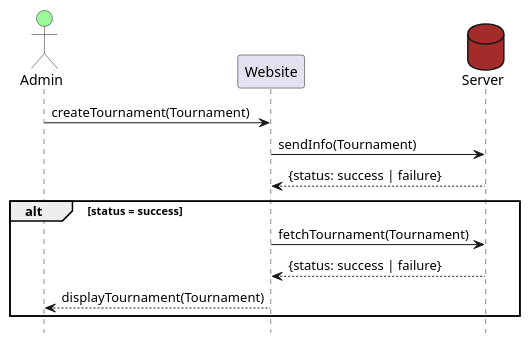
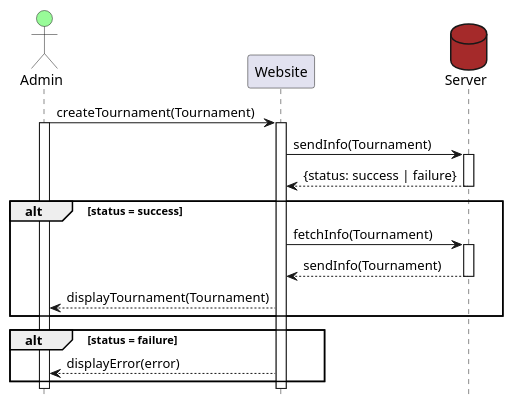
The diagram in documentation/sequenceDiagramCreate.puml (felixalbrigtsen/asura-tmdb), drawn with PlantUML before and after one commit.

Commit message:
Updated Create Diagram

```diff
--- a/documentation/sequenceDiagramCreate.puml
+++ b/documentation/sequenceDiagramCreate.puml
@@ -1,18 +1,26 @@
 @startuml Create Tournament
 Actor Admin #palegreen
 participant Website
 database Server #brown
 hide footbox
 
 Admin->Website: createTournament(Tournament)
+activate Admin
+activate Website
 Website->Server: sendInfo(Tournament)
+activate Server
 Server-->Website: {status: success | failure}
+deactivate Server
 alt status = success
-Website->Server: fetchTournament(Tournament)
-Server-->Website: {status: success | failure}
-' deactivate Server
+Website->Server: fetchInfo(Tournament)
+activate Server
+Server-->Website: sendInfo(Tournament)
+deactivate Server
 Website-->Admin: displayTournament(Tournament)
-' deactivate Admin
-' deactivate Website
 end
+alt status = failure
+Website-->Admin: displayError(error)
+end
+deactivate Admin
+deactivate Website
 @enduml
```
